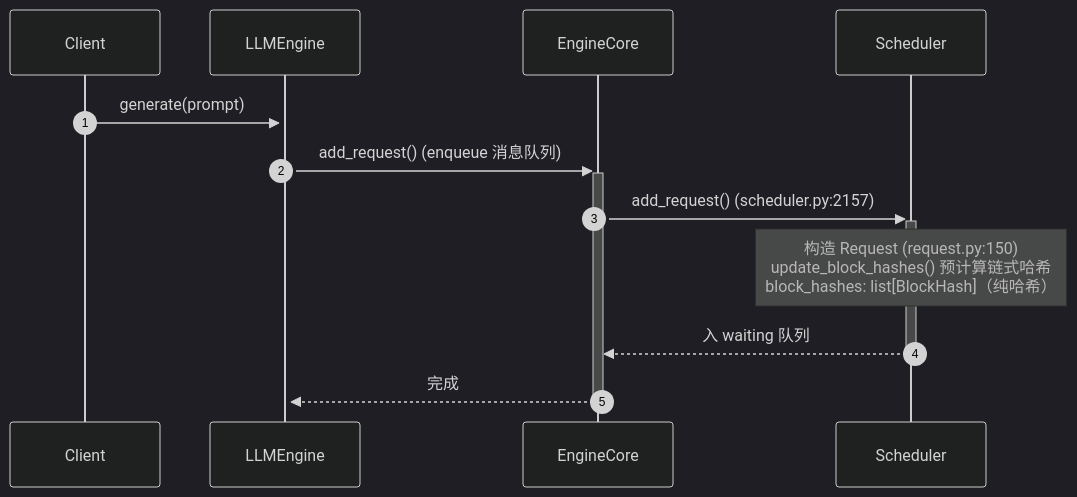
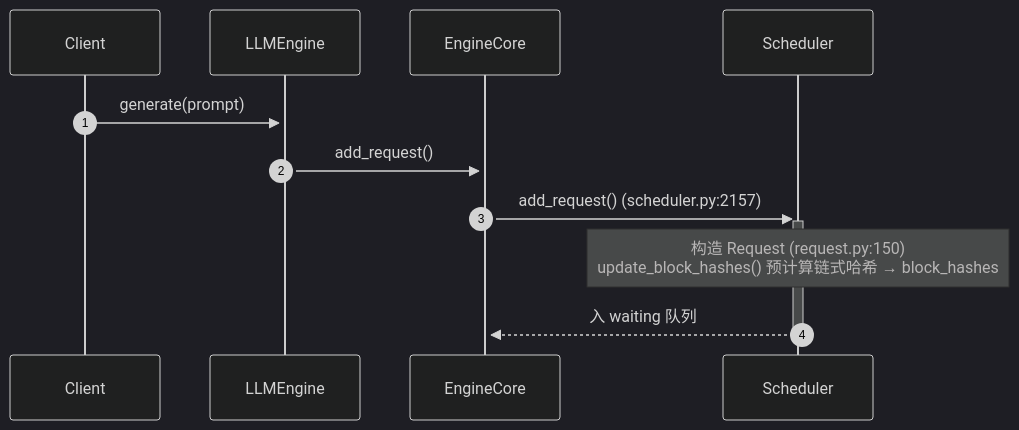
The third of 8 diagrams in vllm/v1/core/kvcache_docs/0_end_to_end_sequence.md (GoCHug/vllm), drawn with Mermaid (dark theme) before and after one commit. The commit also changed other lines of this file, not shown here.

````diff
--- a/vllm/v1/core/kvcache_docs/0_end_to_end_sequence.md
+++ b/vllm/v1/core/kvcache_docs/0_end_to_end_sequence.md
@@ -246,15 +189,13 @@
 ```mermaid
 sequenceDiagram
     autonumber
     participant C as Client
     participant LE as LLMEngine
     participant EC as EngineCore
     participant S as Scheduler
-
     C->>+LE: generate(prompt)
-    LE->>+EC: add_request()   (enqueue 消息队列)
+    LE->>+EC: add_request()
     EC->>+S: add_request()   (scheduler.py:2157)
-    Note over S: 构造 Request (request.py:150)<br/>update_block_hashes() 预计算链式哈希<br/>block_hashes: list[BlockHash]（纯哈希）
+    Note over S: 构造 Request (request.py:150)<br/>update_block_hashes() 预计算链式哈希 → block_hashes
     S-->>-EC: 入 waiting 队列
-    EC-->>-LE: 完成
 ```
````
